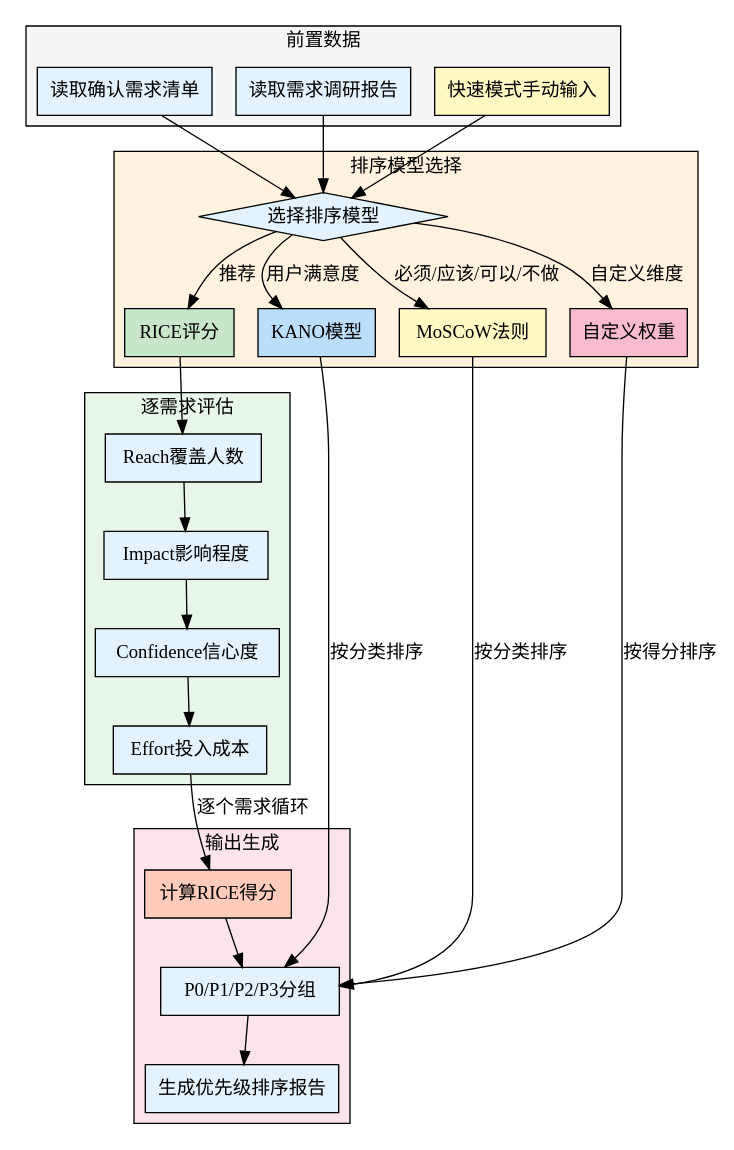
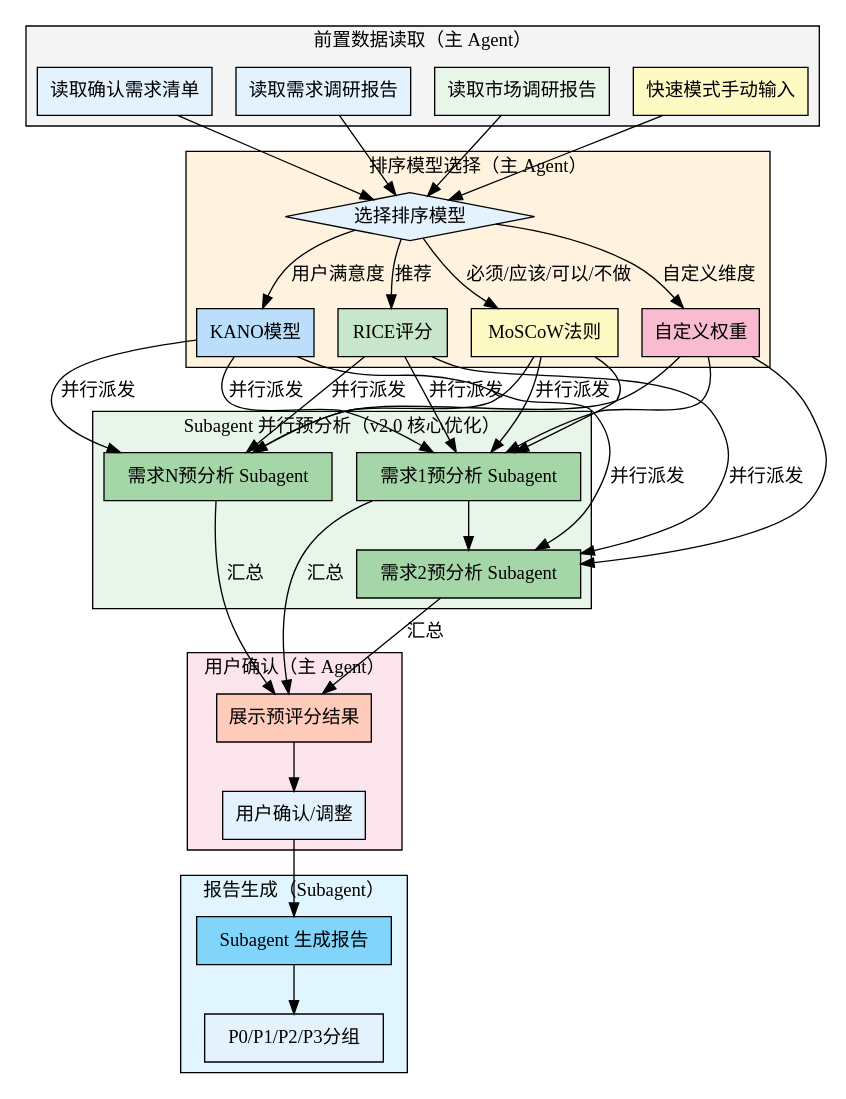
The diagram in skills/01-demand-insight/pm-priority/SKILL.md (konglong87/superPM), drawn with Graphviz before and after one commit. The commit also changed other lines of this file and 6 other files, not shown here.

````diff
--- a/skills/01-demand-insight/pm-priority/SKILL.md
+++ b/skills/01-demand-insight/pm-priority/SKILL.md
@@ -38,65 +39,82 @@
 ```dot
 digraph pm_priority {
     rankdir=TB;
     node [shape=box, style=filled, fillcolor="#e3f2fd"];
 
     subgraph cluster_input {
-        label="前置数据";
+        label="前置数据读取（主 Agent）";
         style=filled;
         fillcolor="#f5f5f5";
         "读取确认需求清单" [shape=box];
         "读取需求调研报告" [shape=box];
+        "读取市场调研报告" [shape=box, fillcolor="#e8f5e9"];
         "快速模式手动输入" [shape=box, fillcolor="#fff9c4"];
     }
 
     subgraph cluster_model {
-        label="排序模型选择";
+        label="排序模型选择（主 Agent）";
         style=filled;
         fillcolor="#fff3e0";
         "选择排序模型" [shape=diamond];
         "RICE评分" [shape=box, fillcolor="#c8e6c9"];
         "KANO模型" [shape=box, fillcolor="#bbdefb"];
         "MoSCoW法则" [shape=box, fillcolor="#fff9c4"];
         "自定义权重" [shape=box, fillcolor="#f8bbd0"];
     }
 
-    subgraph cluster_eval {
-        label="逐需求评估";
+    subgraph cluster_subagent {
+        label="Subagent 并行预分析（v2.0 核心优化）";
         style=filled;
         fillcolor="#e8f5e9";
-        "Reach覆盖人数" [shape=box];
-        "Impact影响程度" [shape=box];
-        "Confidence信心度" [shape=box];
-        "Effort投入成本" [shape=box];
+        "需求1预分析 Subagent" [shape=box, fillcolor="#a5d6a7"];
+        "需求2预分析 Subagent" [shape=box, fillcolor="#a5d6a7"];
+        "需求N预分析 Subagent" [shape=box, fillcolor="#a5d6a7"];
+    }
+
+    subgraph cluster_confirm {
+        label="用户确认（主 Agent）";
+        style=filled;
+        fillcolor="#fce4ec";
+        "展示预评分结果" [shape=box, fillcolor="#ffccbc"];
+        "用户确认/调整" [shape=box];
     }
 
     subgraph cluster_output {
-        label="输出生成";
+        label="报告生成（Subagent）";
         style=filled;
-        fillcolor="#fce4ec";
-        "计算RICE得分" [shape=box, fillcolor="#ffccbc"];
+        fillcolor="#e1f5fe";
+        "Subagent 生成报告" [shape=box, fillcolor="#81d4fa"];
         "P0/P1/P2/P3分组" [shape=box];
-        "生成优先级排序报告" [shape=box];
     }
 
     "读取确认需求清单" -> "选择排序模型";
     "读取需求调研报告" -> "选择排序模型";
+    "读取市场调研报告" -> "选择排序模型";
     "快速模式手动输入" -> "选择排序模型";
     
     "选择排序模型" -> "RICE评分" [label="推荐"];
     "选择排序模型" -> "KANO模型" [label="用户满意度"];
     "选择排序模型" -> "MoSCoW法则" [label="必须/应该/可以/不做"];
     "选择排序模型" -> "自定义权重" [label="自定义维度"];
 
-    "RICE评分" -> "Reach覆盖人数";
-    "Reach覆盖人数" -> "Impact影响程度";
-    "Impact影响程度" -> "Confidence信心度";
-    "Confidence信心度" -> "Effort投入成本";
-    "Effort投入成本" -> "计算RICE得分" [label="逐个需求循环"];
-    "计算RICE得分" -> "P0/P1/P2/P3分组";
-    "KANO模型" -> "P0/P1/P2/P3分组" [label="按分类排序"];
-    "MoSCoW法则" -> "P0/P1/P2/P3分组" [label="按分类排序"];
-    "自定义权重" -> "P0/P1/P2/P3分组" [label="按得分排序"];
-    "P0/P1/P2/P3分组" -> "生成优先级排序报告";
+    "RICE评分" -> "需求1预分析 Subagent" [label="并行派发"];
+    "RICE评分" -> "需求2预分析 Subagent" [label="并行派发"];
+    "RICE评分" -> "需求N预分析 Subagent" [label="并行派发"];
+    "KANO模型" -> "需求1预分析 Subagent" [label="并行派发"];
+    "KANO模型" -> "需求2预分析 Subagent" [label="并行派发"];
+    "KANO模型" -> "需求N预分析 Subagent" [label="并行派发"];
+    "MoSCoW法则" -> "需求1预分析 Subagent" [label="并行派发"];
+    "MoSCoW法则" -> "需求1预分析 Subagent" -> "需求2预分析 Subagent";
+    "MoSCoW法则" -> "需求N预分析 Subagent";
+    "自定义权重" -> "需求1预分析 Subagent";
+    "自定义权重" -> "需求2预分析 Subagent";
+    "自定义权重" -> "需求N预分析 Subagent";
+    
+    "需求1预分析 Subagent" -> "展示预评分结果" [label="汇总"];
+    "需求2预分析 Subagent" -> "展示预评分结果" [label="汇总"];
+    "需求N预分析 Subagent" -> "展示预评分结果" [label="汇总"];
+    "展示预评分结果" -> "用户确认/调整";
+    "用户确认/调整" -> "Subagent 生成报告";
+    "Subagent 生成报告" -> "P0/P1/P2/P3分组";
 }
 ```
````
